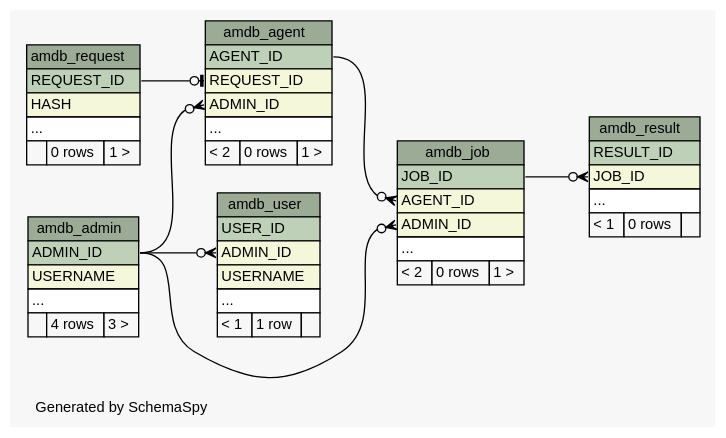
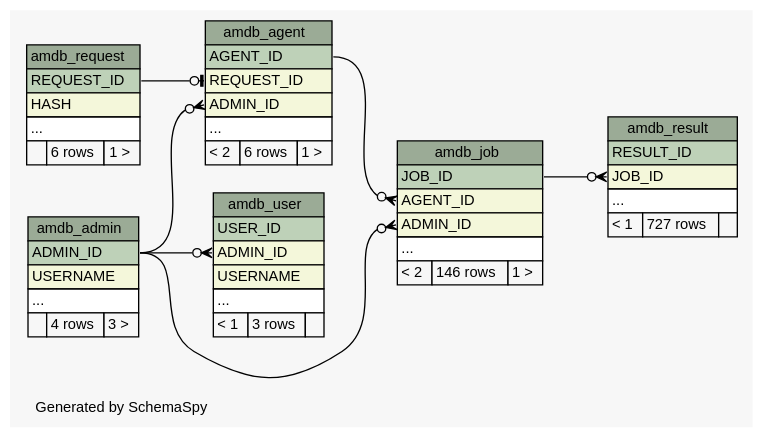
Before and after one commit to yannikab/k23b_ac: the diagram in am/doc/schemaspy/diagrams/summary/relationships.real.compact.dot, drawn with Graphviz. The commit also changed 46 other files, not shown here.

Commit message:
Database schema changes for Aggregator Manager.

```diff
--- a/am/doc/schemaspy/diagrams/summary/relationships.real.compact.dot
+++ b/am/doc/schemaspy/diagrams/summary/relationships.real.compact.dot
@@ -1,103 +1,103 @@
 // dot 2.38.0 on Linux 4.0.5-gentoo
 // SchemaSpy rev 590
 digraph "compactRelationshipsDiagram" {
   graph [
     rankdir="RL"
     bgcolor="#f7f7f7"
     label="\nGenerated by SchemaSpy"
     labeljust="l"
     nodesep="0.18"
     ranksep="0.46"
     fontname="Helvetica"
     fontsize="11"
   ];
   node [
     fontname="Helvetica"
     fontsize="11"
     shape="plaintext"
   ];
   edge [
     arrowsize="0.8"
   ];
   "amdb_admin" [
     label=<
     <TABLE BORDER="0" CELLBORDER="1" CELLSPACING="0" BGCOLOR="#ffffff">
       <TR><TD COLSPAN="3" BGCOLOR="#9bab96" ALIGN="CENTER">amdb_admin</TD></TR>
       <TR><TD PORT="ADMIN_ID" COLSPAN="3" BGCOLOR="#bed1b8" ALIGN="LEFT">ADMIN_ID</TD></TR>
       <TR><TD PORT="USERNAME" COLSPAN="3" BGCOLOR="#f4f7da" ALIGN="LEFT">USERNAME</TD></TR>
       <TR><TD PORT="elipses" COLSPAN="3" ALIGN="LEFT">...</TD></TR>
       <TR><TD ALIGN="LEFT" BGCOLOR="#f7f7f7">  </TD><TD ALIGN="RIGHT" BGCOLOR="#f7f7f7">4 rows</TD><TD ALIGN="RIGHT" BGCOLOR="#f7f7f7">3 &gt;</TD></TR>
     </TABLE>>
     URL="tables/amdb_admin.html"
     tooltip="amdb_admin"
   ];
   "amdb_agent" [
     label=<
     <TABLE BORDER="0" CELLBORDER="1" CELLSPACING="0" BGCOLOR="#ffffff">
       <TR><TD COLSPAN="3" BGCOLOR="#9bab96" ALIGN="CENTER">amdb_agent</TD></TR>
       <TR><TD PORT="AGENT_ID" COLSPAN="3" BGCOLOR="#bed1b8" ALIGN="LEFT">AGENT_ID</TD></TR>
       <TR><TD PORT="REQUEST_ID" COLSPAN="3" BGCOLOR="#f4f7da" ALIGN="LEFT">REQUEST_ID</TD></TR>
       <TR><TD PORT="ADMIN_ID" COLSPAN="3" BGCOLOR="#f4f7da" ALIGN="LEFT">ADMIN_ID</TD></TR>
       <TR><TD PORT="elipses" COLSPAN="3" ALIGN="LEFT">...</TD></TR>
-      <TR><TD ALIGN="LEFT" BGCOLOR="#f7f7f7">&lt; 2</TD><TD ALIGN="RIGHT" BGCOLOR="#f7f7f7">0 rows</TD><TD ALIGN="RIGHT" BGCOLOR="#f7f7f7">1 &gt;</TD></TR>
+      <TR><TD ALIGN="LEFT" BGCOLOR="#f7f7f7">&lt; 2</TD><TD ALIGN="RIGHT" BGCOLOR="#f7f7f7">6 rows</TD><TD ALIGN="RIGHT" BGCOLOR="#f7f7f7">1 &gt;</TD></TR>
     </TABLE>>
     URL="tables/amdb_agent.html"
     tooltip="amdb_agent"
   ];
   "amdb_job" [
     label=<
     <TABLE BORDER="0" CELLBORDER="1" CELLSPACING="0" BGCOLOR="#ffffff">
       <TR><TD COLSPAN="3" BGCOLOR="#9bab96" ALIGN="CENTER">amdb_job</TD></TR>
       <TR><TD PORT="JOB_ID" COLSPAN="3" BGCOLOR="#bed1b8" ALIGN="LEFT">JOB_ID</TD></TR>
       <TR><TD PORT="AGENT_ID" COLSPAN="3" BGCOLOR="#f4f7da" ALIGN="LEFT">AGENT_ID</TD></TR>
       <TR><TD PORT="ADMIN_ID" COLSPAN="3" BGCOLOR="#f4f7da" ALIGN="LEFT">ADMIN_ID</TD></TR>
       <TR><TD PORT="elipses" COLSPAN="3" ALIGN="LEFT">...</TD></TR>
-      <TR><TD ALIGN="LEFT" BGCOLOR="#f7f7f7">&lt; 2</TD><TD ALIGN="RIGHT" BGCOLOR="#f7f7f7">0 rows</TD><TD ALIGN="RIGHT" BGCOLOR="#f7f7f7">1 &gt;</TD></TR>
+      <TR><TD ALIGN="LEFT" BGCOLOR="#f7f7f7">&lt; 2</TD><TD ALIGN="RIGHT" BGCOLOR="#f7f7f7">146 rows</TD><TD ALIGN="RIGHT" BGCOLOR="#f7f7f7">1 &gt;</TD></TR>
     </TABLE>>
     URL="tables/amdb_job.html"
     tooltip="amdb_job"
   ];
   "amdb_request" [
     label=<
     <TABLE BORDER="0" CELLBORDER="1" CELLSPACING="0" BGCOLOR="#ffffff">
       <TR><TD COLSPAN="3" BGCOLOR="#9bab96" ALIGN="CENTER">amdb_request</TD></TR>
       <TR><TD PORT="REQUEST_ID" COLSPAN="3" BGCOLOR="#bed1b8" ALIGN="LEFT">REQUEST_ID</TD></TR>
       <TR><TD PORT="HASH" COLSPAN="3" BGCOLOR="#f4f7da" ALIGN="LEFT">HASH</TD></TR>
       <TR><TD PORT="elipses" COLSPAN="3" ALIGN="LEFT">...</TD></TR>
-      <TR><TD ALIGN="LEFT" BGCOLOR="#f7f7f7">  </TD><TD ALIGN="RIGHT" BGCOLOR="#f7f7f7">0 rows</TD><TD ALIGN="RIGHT" BGCOLOR="#f7f7f7">1 &gt;</TD></TR>
+      <TR><TD ALIGN="LEFT" BGCOLOR="#f7f7f7">  </TD><TD ALIGN="RIGHT" BGCOLOR="#f7f7f7">6 rows</TD><TD ALIGN="RIGHT" BGCOLOR="#f7f7f7">1 &gt;</TD></TR>
     </TABLE>>
     URL="tables/amdb_request.html"
     tooltip="amdb_request"
   ];
   "amdb_result" [
     label=<
     <TABLE BORDER="0" CELLBORDER="1" CELLSPACING="0" BGCOLOR="#ffffff">
       <TR><TD COLSPAN="3" BGCOLOR="#9bab96" ALIGN="CENTER">amdb_result</TD></TR>
       <TR><TD PORT="RESULT_ID" COLSPAN="3" BGCOLOR="#bed1b8" ALIGN="LEFT">RESULT_ID</TD></TR>
       <TR><TD PORT="JOB_ID" COLSPAN="3" BGCOLOR="#f4f7da" ALIGN="LEFT">JOB_ID</TD></TR>
       <TR><TD PORT="elipses" COLSPAN="3" ALIGN="LEFT">...</TD></TR>
-      <TR><TD ALIGN="LEFT" BGCOLOR="#f7f7f7">&lt; 1</TD><TD ALIGN="RIGHT" BGCOLOR="#f7f7f7">0 rows</TD><TD ALIGN="RIGHT" BGCOLOR="#f7f7f7">  </TD></TR>
+      <TR><TD ALIGN="LEFT" BGCOLOR="#f7f7f7">&lt; 1</TD><TD ALIGN="RIGHT" BGCOLOR="#f7f7f7">727 rows</TD><TD ALIGN="RIGHT" BGCOLOR="#f7f7f7">  </TD></TR>
     </TABLE>>
     URL="tables/amdb_result.html"
     tooltip="amdb_result"
   ];
   "amdb_user" [
     label=<
     <TABLE BORDER="0" CELLBORDER="1" CELLSPACING="0" BGCOLOR="#ffffff">
       <TR><TD COLSPAN="3" BGCOLOR="#9bab96" ALIGN="CENTER">amdb_user</TD></TR>
       <TR><TD PORT="USER_ID" COLSPAN="3" BGCOLOR="#bed1b8" ALIGN="LEFT">USER_ID</TD></TR>
       <TR><TD PORT="ADMIN_ID" COLSPAN="3" BGCOLOR="#f4f7da" ALIGN="LEFT">ADMIN_ID</TD></TR>
       <TR><TD PORT="USERNAME" COLSPAN="3" BGCOLOR="#f4f7da" ALIGN="LEFT">USERNAME</TD></TR>
       <TR><TD PORT="elipses" COLSPAN="3" ALIGN="LEFT">...</TD></TR>
-      <TR><TD ALIGN="LEFT" BGCOLOR="#f7f7f7">&lt; 1</TD><TD ALIGN="RIGHT" BGCOLOR="#f7f7f7">1 row</TD><TD ALIGN="RIGHT" BGCOLOR="#f7f7f7">  </TD></TR>
+      <TR><TD ALIGN="LEFT" BGCOLOR="#f7f7f7">&lt; 1</TD><TD ALIGN="RIGHT" BGCOLOR="#f7f7f7">3 rows</TD><TD ALIGN="RIGHT" BGCOLOR="#f7f7f7">  </TD></TR>
     </TABLE>>
     URL="tables/amdb_user.html"
     tooltip="amdb_user"
   ];
   "amdb_agent":"ADMIN_ID":w -> "amdb_admin":"ADMIN_ID":e [arrowhead=none dir=back arrowtail=crowodot];
   "amdb_agent":"REQUEST_ID":w -> "amdb_request":"REQUEST_ID":e [arrowhead=none dir=back arrowtail=teeodot];
   "amdb_job":"ADMIN_ID":w -> "amdb_admin":"ADMIN_ID":e [arrowhead=none dir=back arrowtail=crowodot];
   "amdb_job":"AGENT_ID":w -> "amdb_agent":"AGENT_ID":e [arrowhead=none dir=back arrowtail=crowodot];
   "amdb_result":"JOB_ID":w -> "amdb_job":"JOB_ID":e [arrowhead=none dir=back arrowtail=crowodot];
   "amdb_user":"ADMIN_ID":w -> "amdb_admin":"ADMIN_ID":e [arrowhead=none dir=back arrowtail=crowodot];
 }
```
